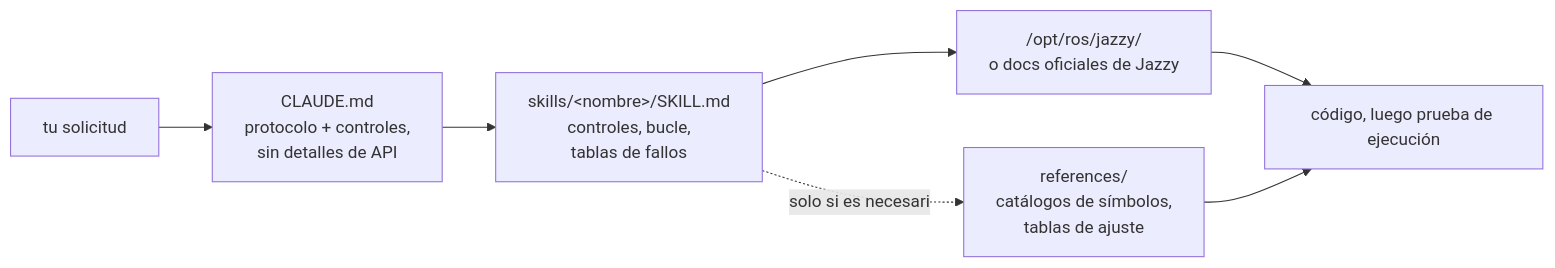
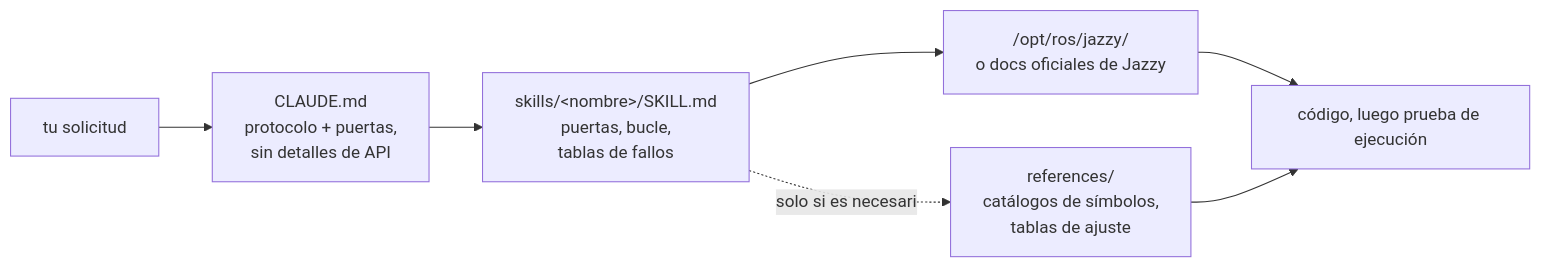
Before and after one commit to Leehyunbin0131/claude-ros2-skills: the diagram in README.es.md, drawn with Mermaid. The commit also changed other lines of this file and 6 other files, not shown here.

````diff
--- a/README.es.md
+++ b/README.es.md
@@ -155,9 +155,9 @@
 ```mermaid
 flowchart LR
-    A["tu solicitud"] --> B["CLAUDE.md<br/>protocolo + controles,<br/>sin detalles de API"]
-    B --> C["skills/&lt;nombre&gt;/SKILL.md<br/>controles, bucle,<br/>tablas de fallos"]
+    A["tu solicitud"] --> B["CLAUDE.md<br/>protocolo + puertas,<br/>sin detalles de API"]
+    B --> C["skills/&lt;nombre&gt;/SKILL.md<br/>puertas, bucle,<br/>tablas de fallos"]
     C --> D["/opt/ros/jazzy/<br/>o docs oficiales de Jazzy"]
     C -.solo si es necesario.-> R["references/<br/>catálogos de símbolos,<br/>tablas de ajuste"]
     D --> E["código, luego prueba de ejecución"]
     R --> E
 ```
````
